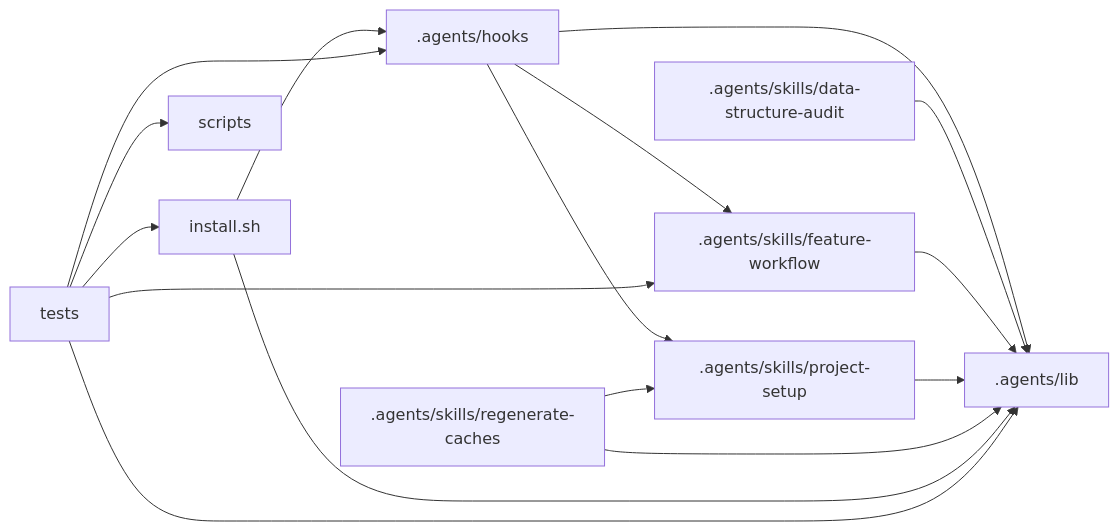
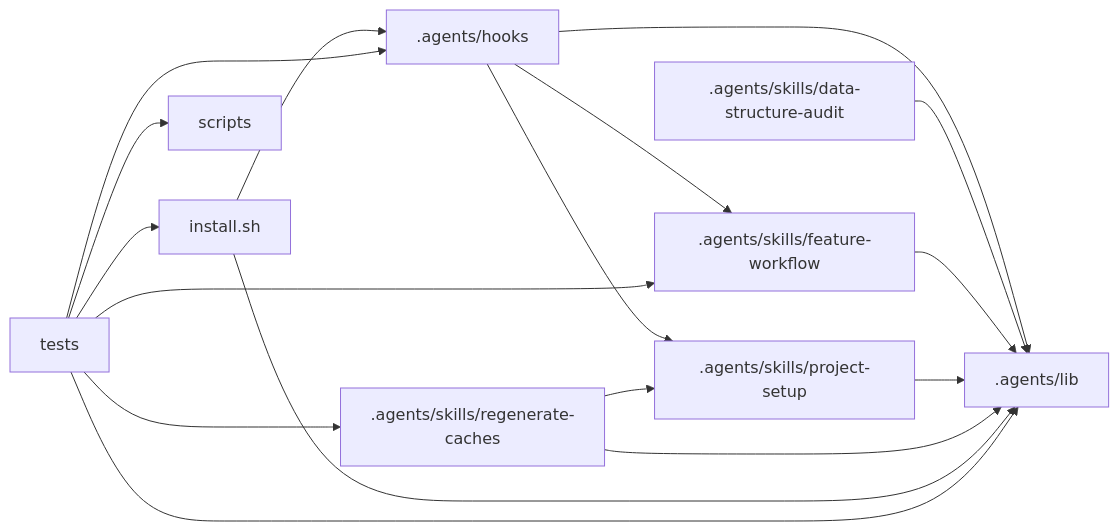
Before and after one commit to TajVirani/llm-scaffold-claude: the diagram in .workflow/cache/architecture.md, drawn with Mermaid. The commit also changed other lines of this file and 15 other files, not shown here.

````diff
--- a/.workflow/cache/architecture.md
+++ b/.workflow/cache/architecture.md
@@ -41,27 +41,28 @@
 ```mermaid
 flowchart LR
   _agents_hooks[".agents/hooks"]
   _agents_lib[".agents/lib"]
   _agents_skills_data_structure_audit[".agents/skills/data-structure-audit"]
   _agents_skills_feature_workflow[".agents/skills/feature-workflow"]
   _agents_skills_project_setup[".agents/skills/project-setup"]
   _agents_skills_regenerate_caches[".agents/skills/regenerate-caches"]
   install_sh["install.sh"]
   scripts["scripts"]
   tests["tests"]
   _agents_hooks --> _agents_lib
   _agents_hooks --> _agents_skills_feature_workflow
   _agents_hooks --> _agents_skills_project_setup
   _agents_skills_data_structure_audit --> _agents_lib
   _agents_skills_feature_workflow --> _agents_lib
   _agents_skills_project_setup --> _agents_lib
   _agents_skills_regenerate_caches --> _agents_lib
   _agents_skills_regenerate_caches --> _agents_skills_project_setup
   install_sh --> _agents_hooks
   install_sh --> _agents_lib
   tests --> _agents_hooks
   tests --> _agents_lib
   tests --> _agents_skills_feature_workflow
+  tests --> _agents_skills_regenerate_caches
   tests --> install_sh
   tests --> scripts
 ```
````
